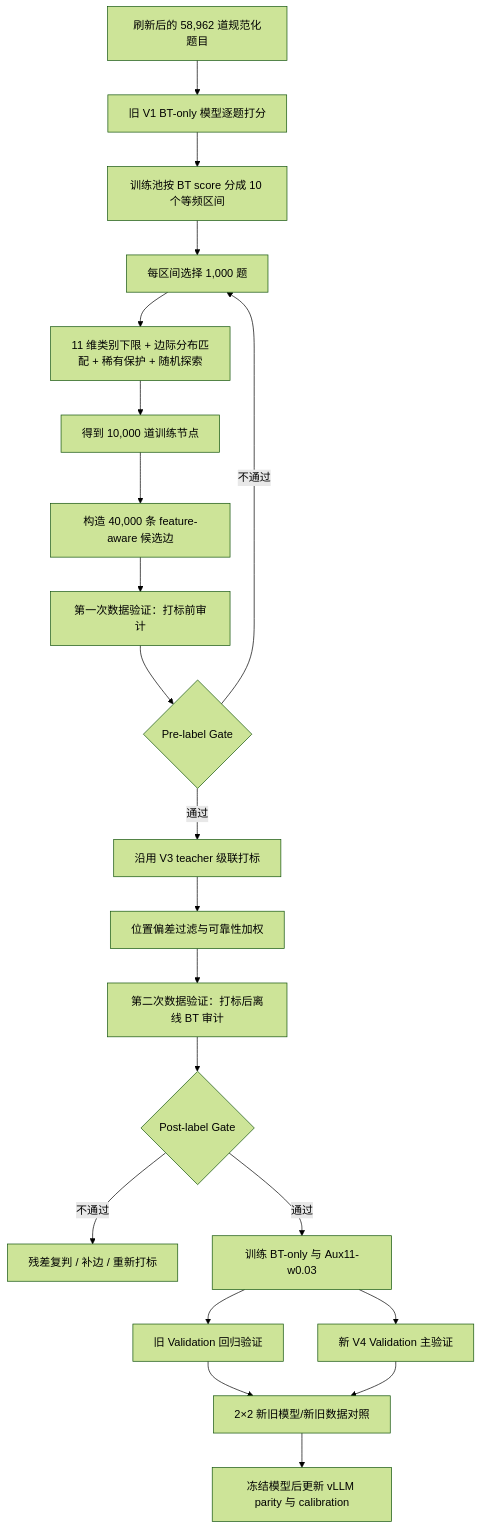
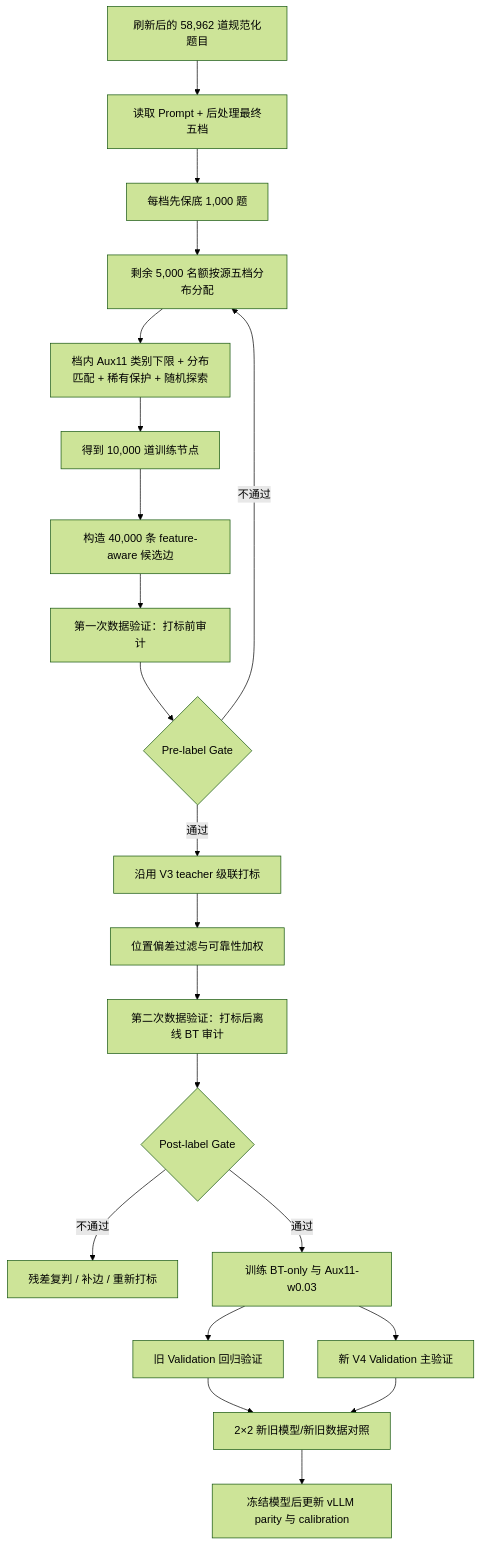
One commit to wishfine/physics-difficulty-rater changed the diagram in docs/v4_10k_40k_expansion_plan.md. Above: the diagram before and after it, drawn with Mermaid (forest theme). The commit also changed other lines of this file and 7 other files, not shown here.

````diff
--- a/docs/v4_10k_40k_expansion_plan.md
+++ b/docs/v4_10k_40k_expansion_plan.md
@@ -67,23 +67,23 @@
 ```mermaid
 flowchart TD
-    A["刷新后的 58,962 道规范化题目"] --> B["旧 V1 BT-only 模型逐题打分"]
-    B --> C["训练池按 BT score 分成 10 个等频区间"]
-    C --> D["每区间选择 1,000 题"]
-    D --> E["11 维类别下限 + 边际分布匹配 + 稀有保护 + 随机探索"]
+    A["刷新后的 58,962 道规范化题目"] --> B["读取 Prompt + 后处理最终五档"]
+    B --> C["每档先保底 1,000 题"]
+    C --> D["剩余 5,000 名额按源五档分布分配"]
+    D --> E["档内 Aux11 类别下限 + 分布匹配 + 稀有保护 + 随机探索"]
     E --> F["得到 10,000 道训练节点"]
     F --> G["构造 40,000 条 feature-aware 候选边"]
     G --> H["第一次数据验证：打标前审计"]
     H --> I{"Pre-label Gate"}
     I -- "不通过" --> D
     I -- "通过" --> J["沿用 V3 teacher 级联打标"]
     J --> K["位置偏差过滤与可靠性加权"]
     K --> L["第二次数据验证：打标后离线 BT 审计"]
     L --> M{"Post-label Gate"}
     M -- "不通过" --> N["残差复判 / 补边 / 重新打标"]
     M -- "通过" --> O["训练 BT-only 与 Aux11-w0.03"]
     O --> P["旧 Validation 回归验证"]
     O --> Q["新 V4 Validation 主验证"]
     P --> R["2×2 新旧模型/新旧数据对照"]
     Q --> R
     R --> S["冻结模型后更新 vLLM parity 与 calibration"]
 ```
````
